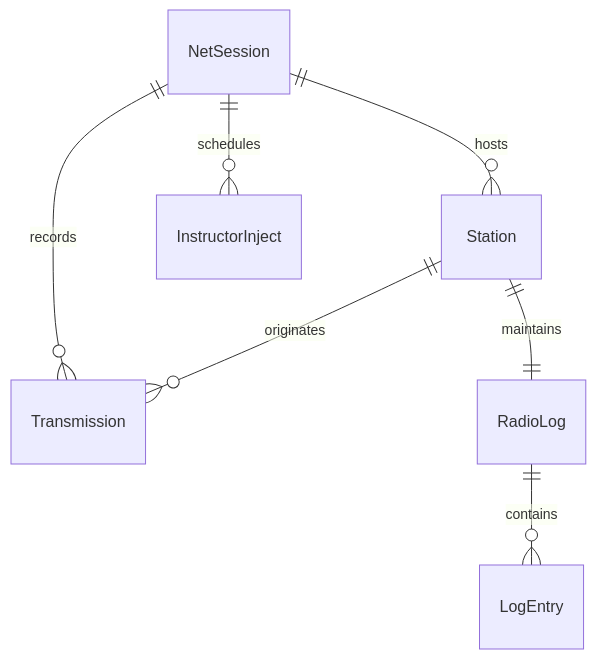
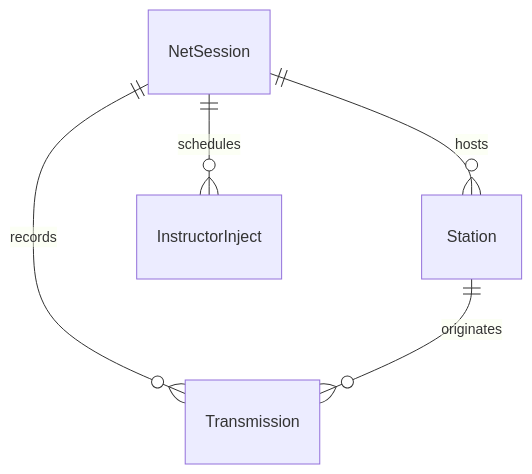
Before and after one commit to JonathanMoss/VirtualNet: the diagram in application_blueprint/05-domain-model/relationships.md, drawn with Mermaid. The commit also changed other lines of this file and 18 other files, not shown here.

````diff
--- a/application_blueprint/05-domain-model/relationships.md
+++ b/application_blueprint/05-domain-model/relationships.md
@@ -7,11 +7,8 @@
 ```mermaid
 erDiagram
     NetSession ||--o{ Station : "hosts"
     NetSession ||--o{ Transmission : "records"
     NetSession ||--o{ InstructorInject : "schedules"
     
-    Station ||--|| RadioLog : "maintains"
     Station ||--o{ Transmission : "originates"
-    
-    RadioLog ||--o{ LogEntry : "contains"
 ```
````
